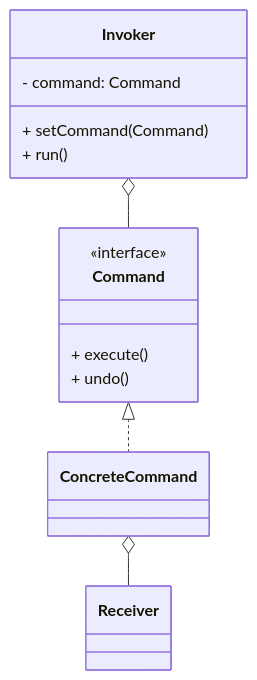
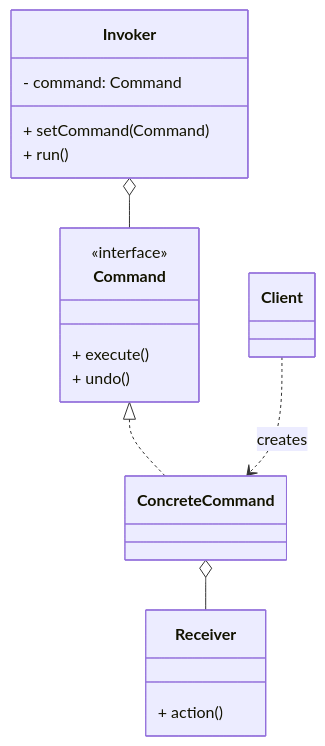
The diagram in 设计模式/行为型/命令模式.md (tghrxxxyyy/knowledge-base), drawn with Mermaid before and after one commit. The commit also changed other lines of this file and 44 other files, not shown here.

````diff
--- a/设计模式/行为型/命令模式.md
+++ b/设计模式/行为型/命令模式.md
@@ -13,18 +37,22 @@
 ```mermaid
 classDiagram
     class Command {
         <<interface>>
         + execute()
         + undo()
     }
     class ConcreteCommand
-    class Receiver
+    class Receiver {
+        + action()
+    }
     class Invoker {
         - command: Command
         + setCommand(Command)
         + run()
     }
+    class Client
     Command <|.. ConcreteCommand
     ConcreteCommand o-- Receiver
     Invoker o-- Command
+    Client ..> ConcreteCommand : creates
 ```
````
